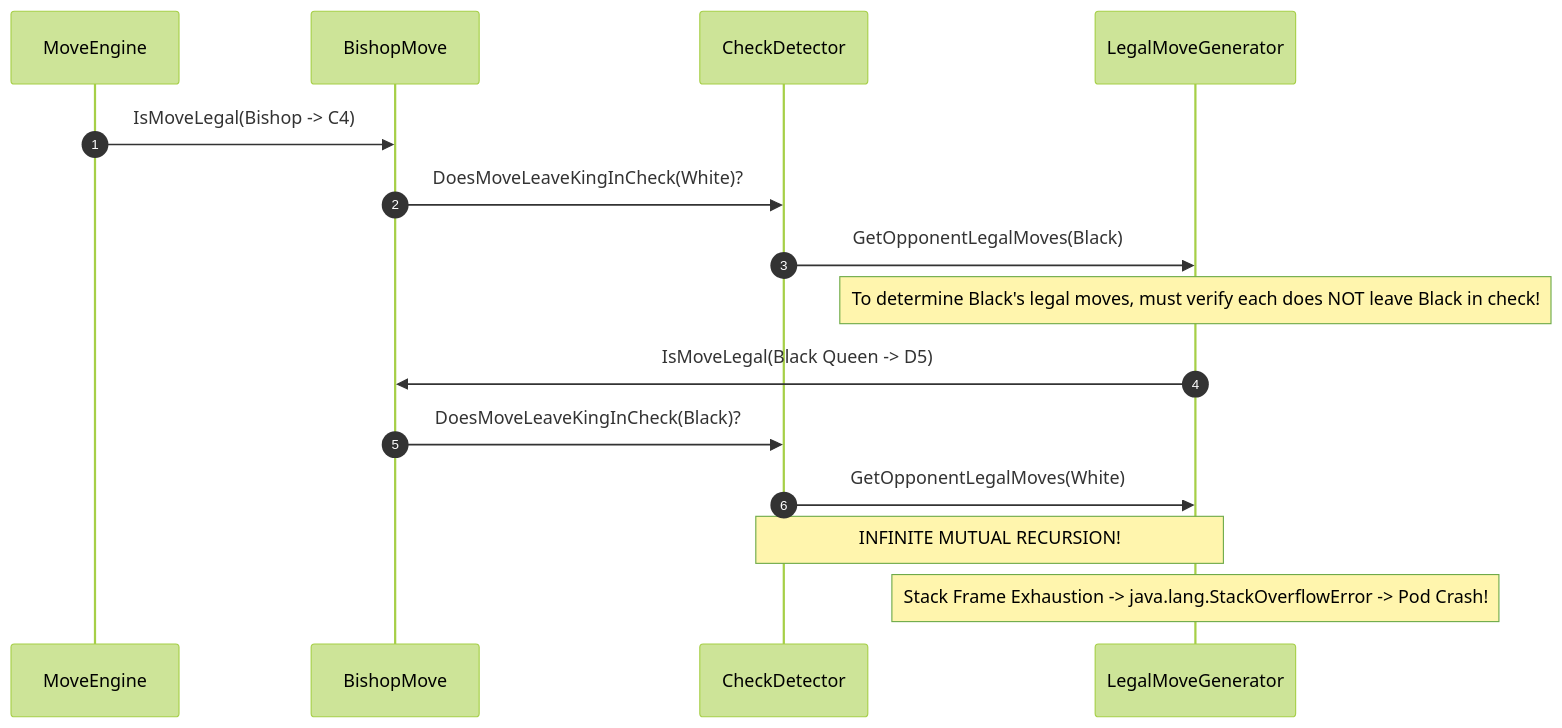
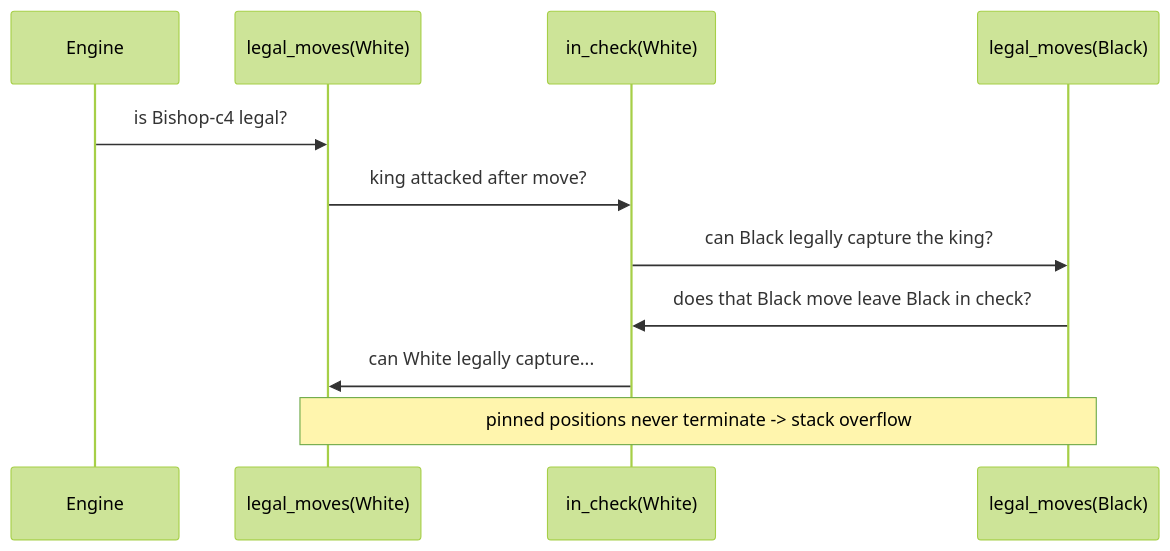
One commit to TapanKumarBarik/Backend-roadmap changed the fifth of 5 diagrams in content/lld/14-tic-tac-toe-and-chess/README.md. Above: the diagram before and after it, drawn with Mermaid (forest theme). The commit also changed other lines of this file and 68 other files, not shown here.

````diff
--- a/content/lld/14-tic-tac-toe-and-chess/README.md
+++ b/content/lld/14-tic-tac-toe-and-chess/README.md
@@ -147,18 +1003,14 @@
 ```mermaid
 sequenceDiagram
-    autonumber
-    participant Engine as MoveEngine
-    participant Move as BishopMove
-    participant Check as CheckDetector
-    participant Gen as LegalMoveGenerator
+  participant E as Engine
+  participant G as legal_moves(White)
+  participant C as in_check(White)
+  participant O as legal_moves(Black)
 
-    Engine->>Move: IsMoveLegal(Bishop -> C4)
-    Move->>Check: DoesMoveLeaveKingInCheck(White)?
-    Check->>Gen: GetOpponentLegalMoves(Black)
-    Note over Gen: To determine Black's legal moves, must verify each does NOT leave Black in check!
-    Gen->>Move: IsMoveLegal(Black Queen -> D5)
-    Move->>Check: DoesMoveLeaveKingInCheck(Black)?
-    Check->>Gen: GetOpponentLegalMoves(White)
-    Note over Gen, Check: INFINITE MUTUAL RECURSION!
-    Note over Gen: Stack Frame Exhaustion -> java.lang.StackOverflowError -> Pod Crash!
+  E->>G: is Bishop-c4 legal?
+  G->>C: king attacked after move?
+  C->>O: can Black legally capture the king?
+  O->>C: does that Black move leave Black in check?
+  C->>G: can White legally capture...
+  Note over G,O: pinned positions never terminate -> stack overflow
 ```
````
